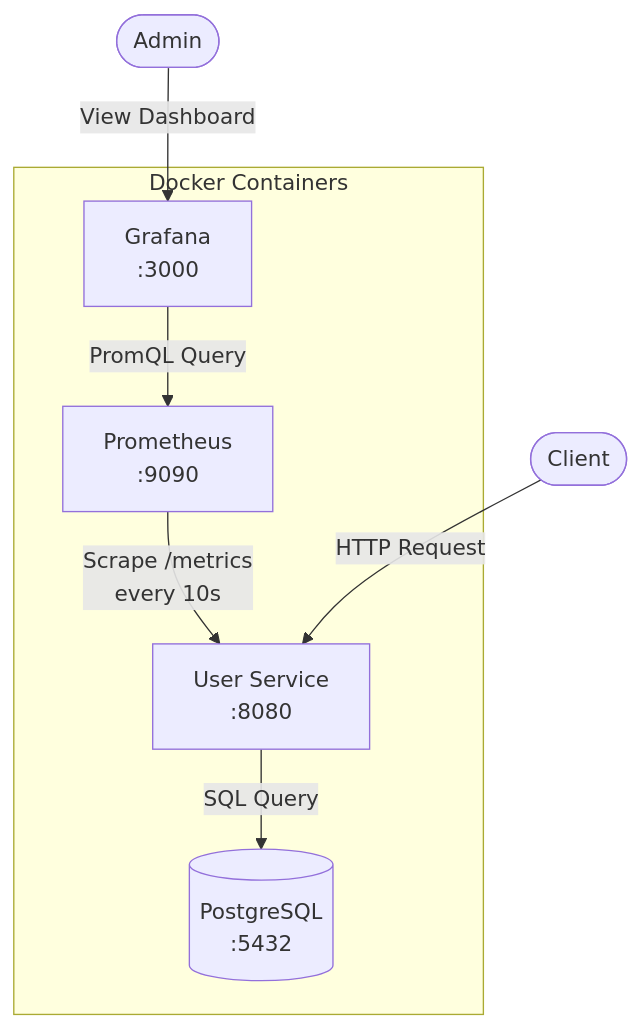
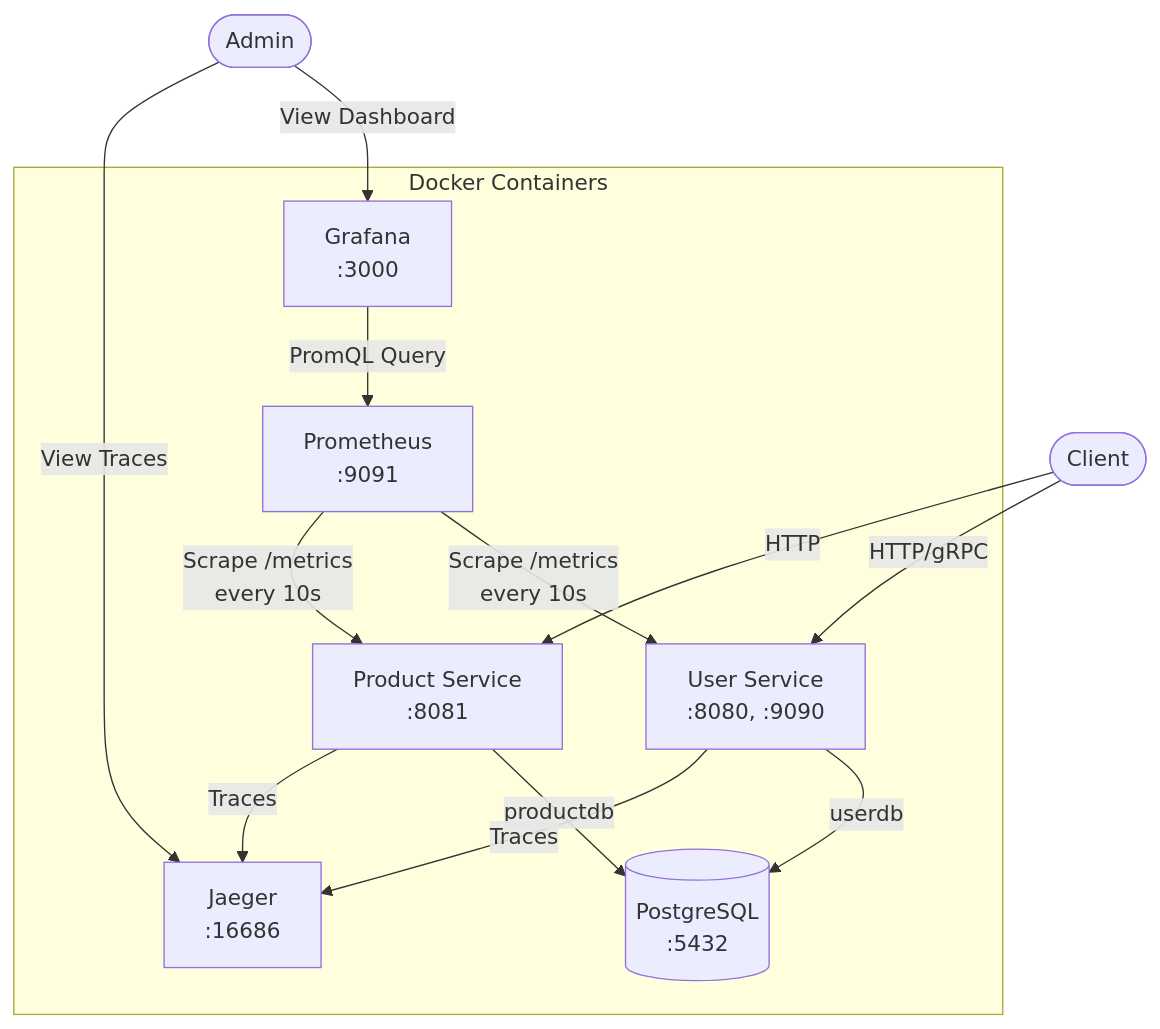
Before and after one commit to tiraten-bot/Full-Observability: the first of 8 diagrams in README.md, drawn with Mermaid. The commit also changed other lines of this file and 11 other files, not shown here.

Commit message:
feat: add product service with Docker configuration, local run commands, and Prometheus metrics integration

````diff
--- a/README.md
+++ b/README.md
@@ -1,16 +26,24 @@
 ```mermaid
 graph TB
     subgraph "Docker Containers"
-        US[User Service<br/>:8080]
+        US[User Service<br/>:8080, :9090]
+        PS[Product Service<br/>:8081]
         PG[(PostgreSQL<br/>:5432)]
-        PR[Prometheus<br/>:9090]
+        PR[Prometheus<br/>:9091]
         GR[Grafana<br/>:3000]
+        JG[Jaeger<br/>:16686]
     end
     
-    US -->|SQL Query| PG
+    US -->|userdb| PG
+    PS -->|productdb| PG
     PR -->|Scrape /metrics<br/>every 10s| US
+    PR -->|Scrape /metrics<br/>every 10s| PS
     GR -->|PromQL Query| PR
+    US -->|Traces| JG
+    PS -->|Traces| JG
     
-    Client([Client]) -->|HTTP Request| US
+    Client([Client]) -->|HTTP/gRPC| US
+    Client -->|HTTP| PS
     Admin([Admin]) -->|View Dashboard| GR
+    Admin -->|View Traces| JG
 ```
````
